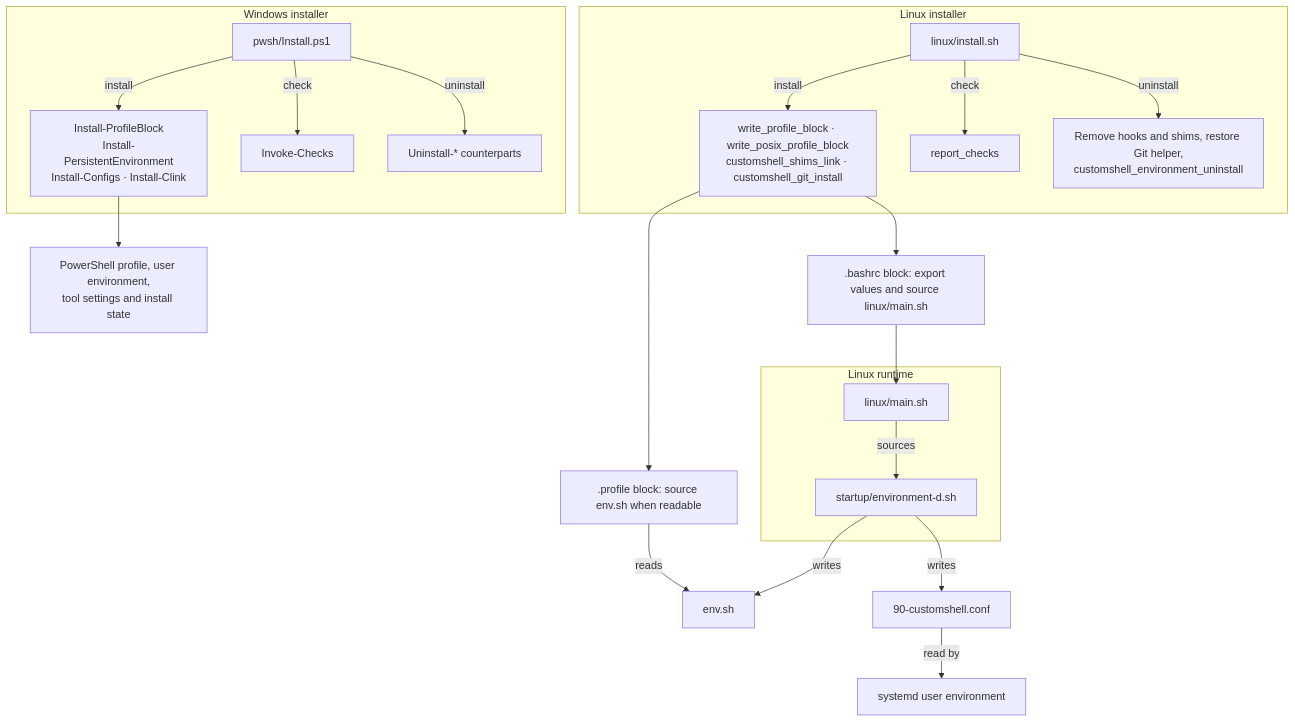
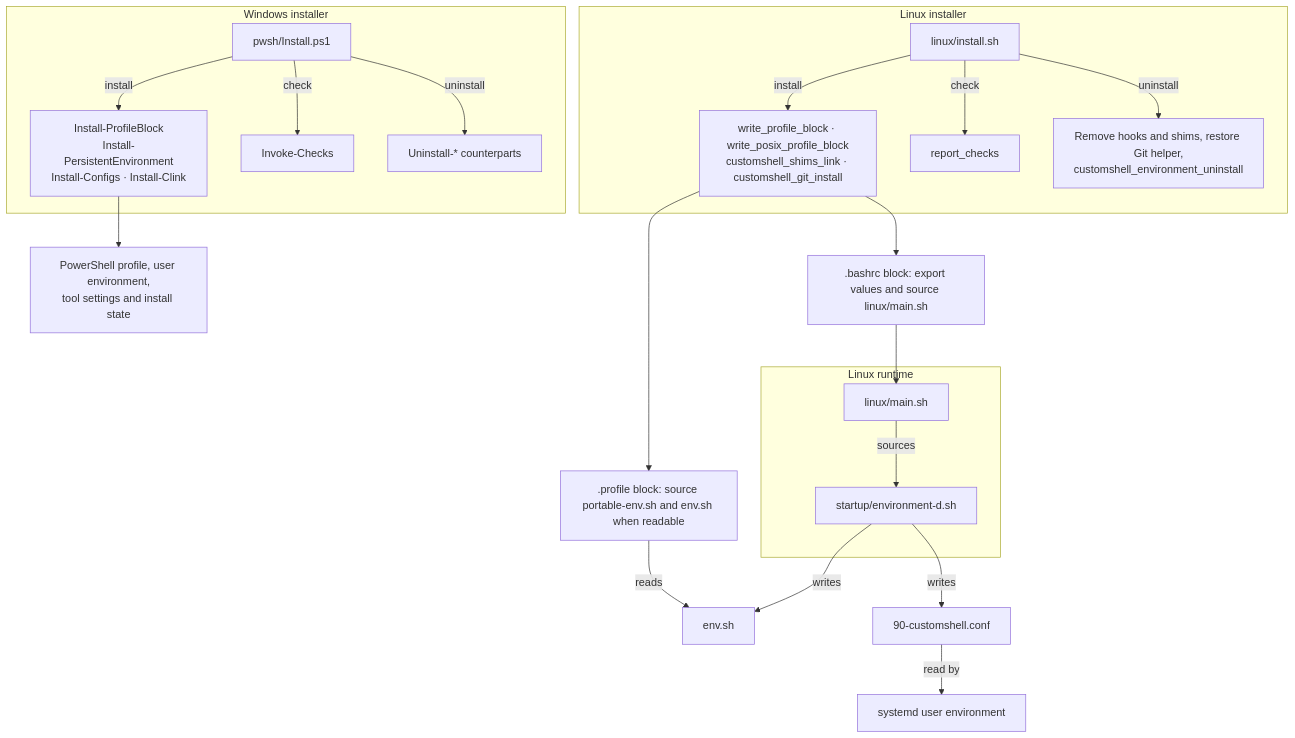
Before and after one commit to cardin/CustomShell: the third of 6 diagrams in docs/DESIGN.md, drawn with Mermaid. The commit also changed other lines of this file and 14 other files, not shown here.

````diff
--- a/docs/DESIGN.md
+++ b/docs/DESIGN.md
@@ -67,26 +68,26 @@
 ```mermaid
 flowchart TD
     subgraph W["Windows installer"]
         WI["pwsh/Install.ps1"]
         WI -->|install| WM["Install-ProfileBlock<br/>Install-PersistentEnvironment<br/>Install-Configs · Install-Clink"]
         WI -->|check| WC["Invoke-Checks"]
         WI -->|uninstall| WU["Uninstall-* counterparts"]
     end
     WM --> WSTATE["PowerShell profile, user environment,<br/>tool settings and install state"]
     subgraph L["Linux installer"]
         LI["linux/install.sh"]
         LI -->|install| LM["write_profile_block · write_posix_profile_block<br/>customshell_shims_link · customshell_git_install"]
         LI -->|check| LC["report_checks"]
         LI -->|uninstall| LU["Remove hooks and shims, restore Git helper,<br/>customshell_environment_uninstall"]
     end
     LM --> RC[".bashrc block: export values and source linux/main.sh"]
-    LM --> LP[".profile block: source env.sh when readable"]
+    LM --> LP[".profile block: source portable-env.sh and env.sh when readable"]
     subgraph R["Linux runtime"]
         MAIN["linux/main.sh"] -->|sources| PUB["startup/environment-d.sh"]
     end
     RC --> MAIN
     PUB -->|writes| ENV["env.sh"]
     PUB -->|writes| CONF["90-customshell.conf"]
     LP -->|reads| ENV
     CONF -->|read by| SYSTEMD["systemd user environment"]
 ```
````
